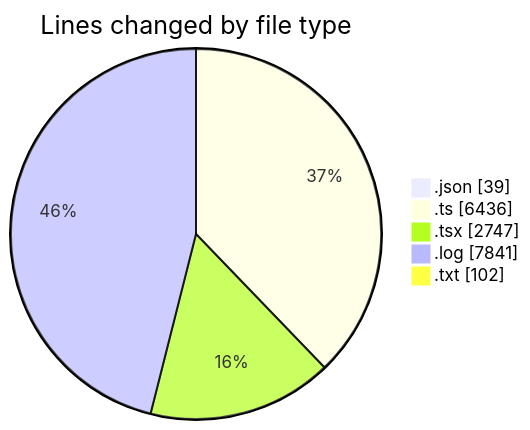
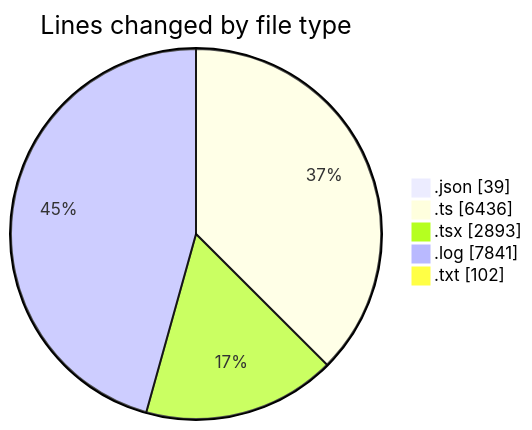
The first of 2 diagrams in 2025-09-13/napxuvn/README.md (lephambinh05/code-tracking), drawn with Mermaid before and after one commit. The commit also changed other lines of this file and 1 other file, not shown here.

````diff
--- a/2025-09-13/napxuvn/README.md
+++ b/2025-09-13/napxuvn/README.md
@@ -71,9 +72,9 @@
 ```mermaid
 pie showData
 title Lines changed by file type
 ".json" : 39
 ".ts" : 6436
-".tsx" : 2747
+".tsx" : 2893
 ".log" : 7841
 ".txt" : 102
 ```
````
